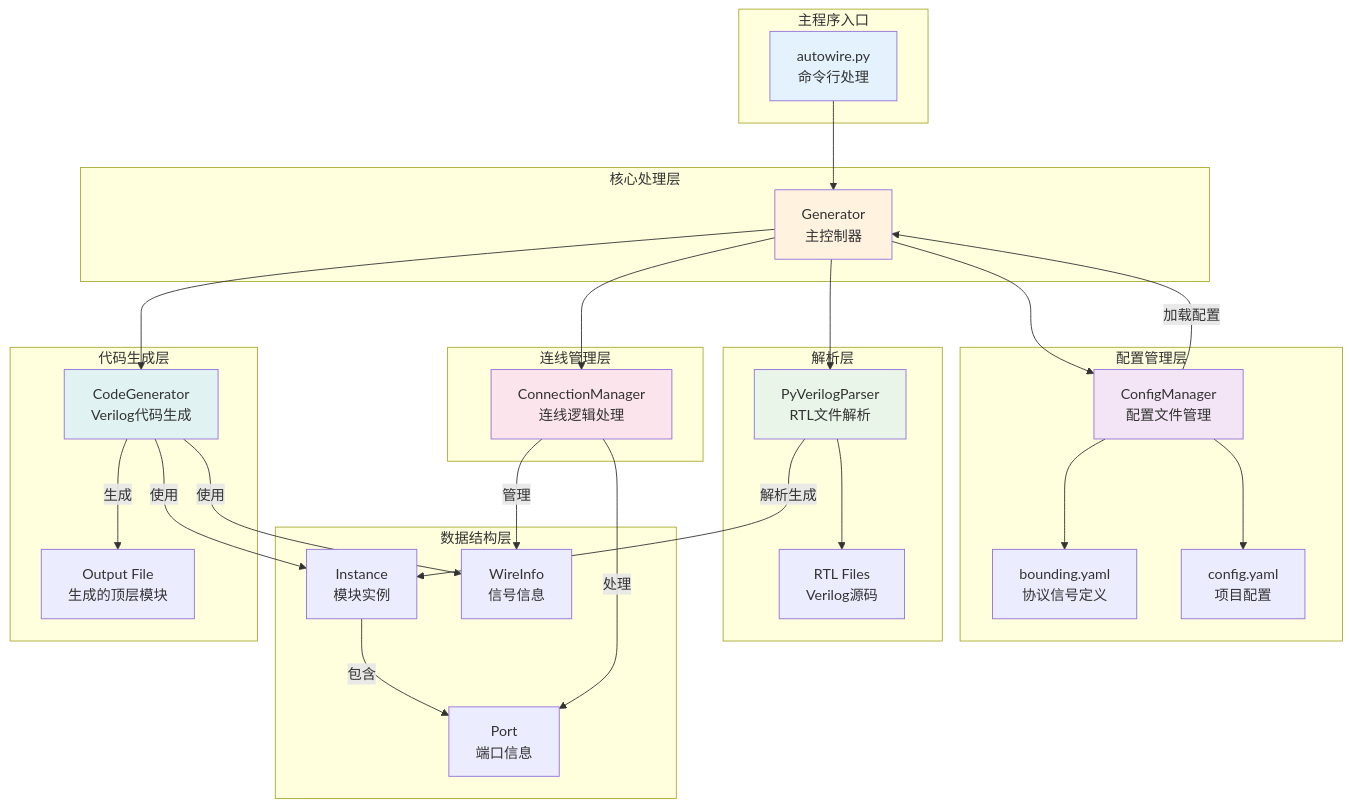
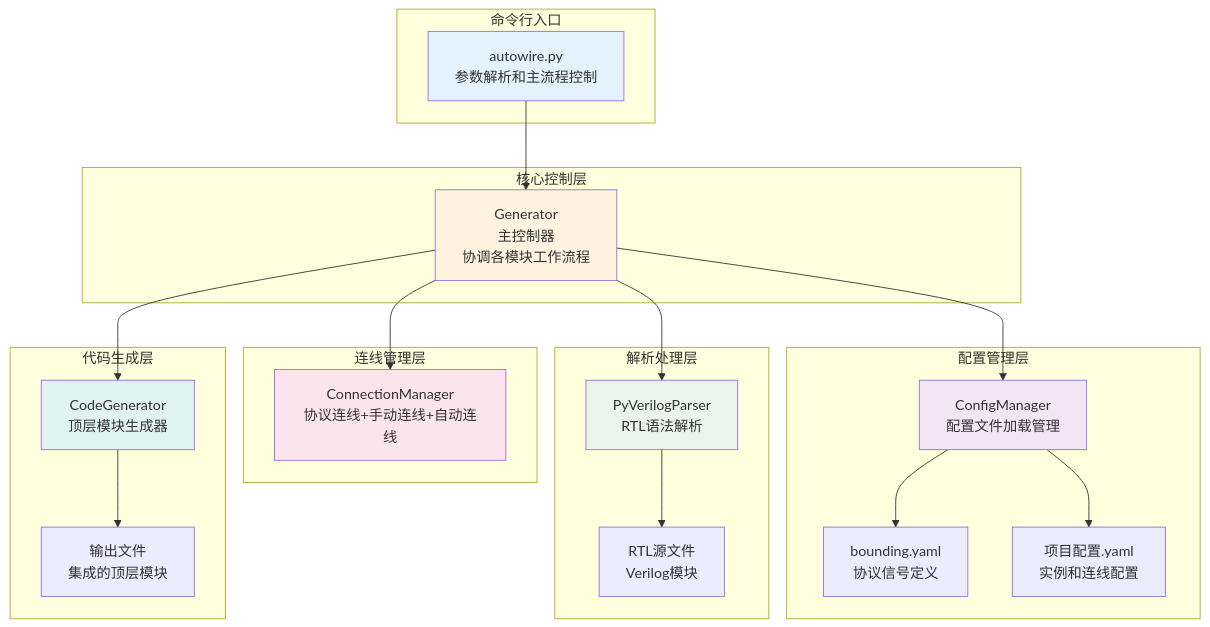
Before and after one commit to czz-zzc/autowire: the first of 3 diagrams in README.md, drawn with Mermaid. The commit also changed other lines of this file, not shown here.

````diff
--- a/README.md
+++ b/README.md
@@ -726,64 +165,48 @@
 ```mermaid
 graph TB
-    subgraph "主程序入口"
-        A[autowire.py<br/>命令行处理]
+    subgraph "命令行入口"
+        A[autowire.py<br/>参数解析和主流程控制]
     end
     
-    subgraph "核心处理层"
-        B[Generator<br/>主控制器]
+    subgraph "核心控制层"
+        B[Generator<br/>主控制器<br/>协调各模块工作流程]
     end
     
-    subgraph "配置管理层"
-        C[ConfigManager<br/>配置文件管理]
+    subgraph "配置管理层"  
+        C[ConfigManager<br/>配置文件加载管理]
         D[bounding.yaml<br/>协议信号定义]
-        E[config.yaml<br/>项目配置]
+        E[项目配置.yaml<br/>实例和连线配置]
     end
     
-    subgraph "解析层"
-        F[PyVerilogParser<br/>RTL文件解析]
-        G[RTL Files<br/>Verilog源码]
-    end
-    
-    subgraph "数据结构层"
-        H[Instance<br/>模块实例]
-        I[Port<br/>端口信息]
-        J[WireInfo<br/>信号信息]
+    subgraph "解析处理层"
+        F[PyVerilogParser<br/>RTL语法解析]
+        G[RTL源文件<br/>Verilog模块]
     end
     
     subgraph "连线管理层"
-        K[ConnectionManager<br/>连线逻辑处理]
+        H[ConnectionManager<br/>协议连线+手动连线+自动连线]
     end
     
     subgraph "代码生成层"
-        L[CodeGenerator<br/>Verilog代码生成]
-        M[Output File<br/>生成的顶层模块]
+        I[CodeGenerator<br/>顶层模块生成器]
+        J[输出文件<br/>集成的顶层模块]
     end
     
     A --> B
     B --> C
-    B --> F
-    B --> K
-    B --> L
+    B --> F  
+    B --> H
+    B --> I
     
     C --> D
     C --> E
-    C --> |加载配置| B
-    
     F --> G
-    F --> |解析生成| H
-    H --> |包含| I
-    
-    K --> |管理| J
-    K --> |处理| I
-    
-    L --> |生成| M
-    L --> |使用| H
-    L --> |使用| J
+    I --> J
     
     style A fill:#e3f2fd
     style B fill:#fff3e0
     style C fill:#f3e5f5
     style F fill:#e8f5e8
-    style K fill:#fce4ec
-    style L fill:#e0f2f1
+    style H fill:#fce4ec
+    style I fill:#e0f2f1
 ```
````
